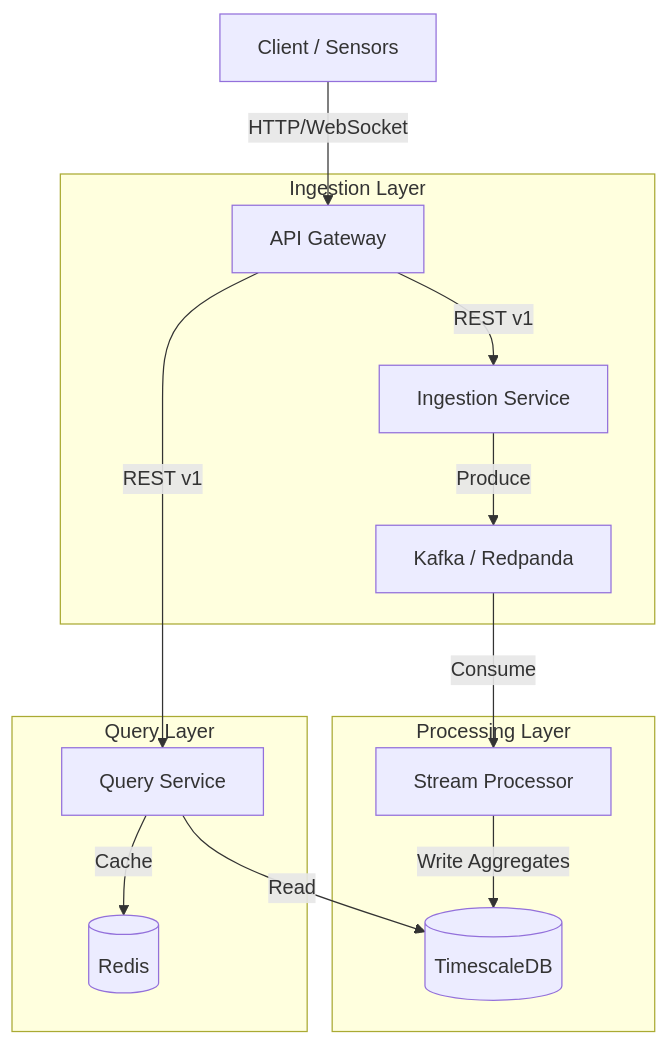
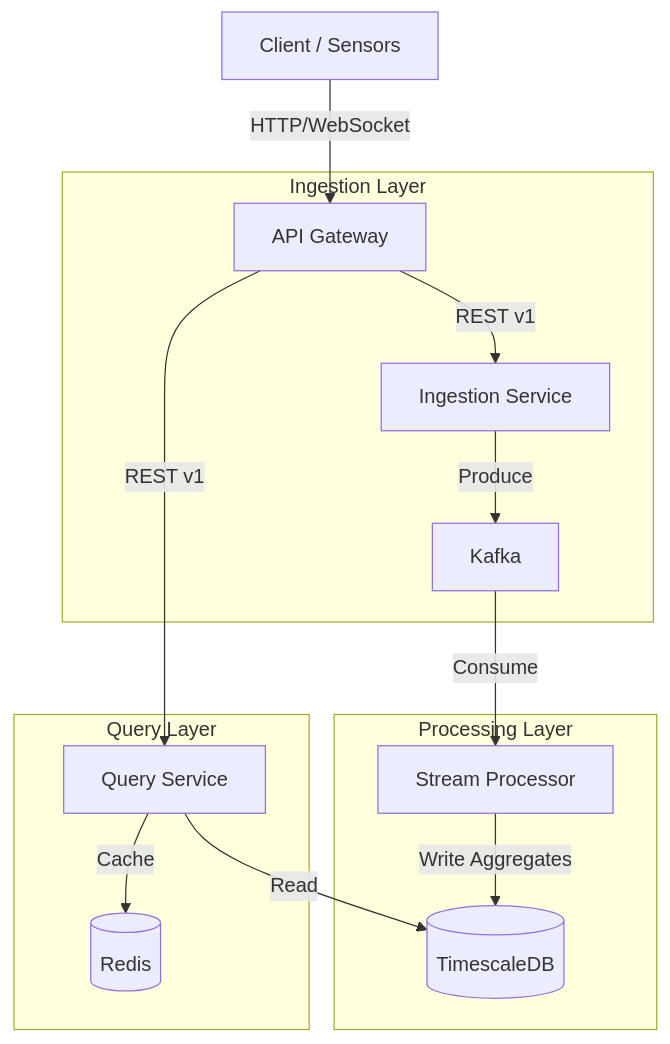
Before and after one commit to RonanRibouletPython/Realtime-Analytics-Platform-V2: the diagram in README.md, drawn with Mermaid. The commit also changed other lines of this file, not shown here.

````diff
--- a/README.md
+++ b/README.md
@@ -10,20 +10,20 @@
 ```mermaid
 graph TD
     Client[Client / Sensors] -->|HTTP/WebSocket| Gateway[API Gateway]
     
     subgraph "Ingestion Layer"
         Gateway -->|REST v1| Ingest[Ingestion Service]
-        Ingest -->|Produce| Kafka[Kafka / Redpanda]
+        Ingest -->|Produce| Kafka[Kafka]
     end
 
     subgraph "Processing Layer"
         Kafka -->|Consume| StreamProc[Stream Processor]
         StreamProc -->|Write Aggregates| TSDB[(TimescaleDB)]
     end
 
     subgraph "Query Layer"
         Query[Query Service] -->|Read| TSDB
         Query -->|Cache| Redis[(Redis)]
         Gateway -->|REST v1| Query
     end
 ```
````
